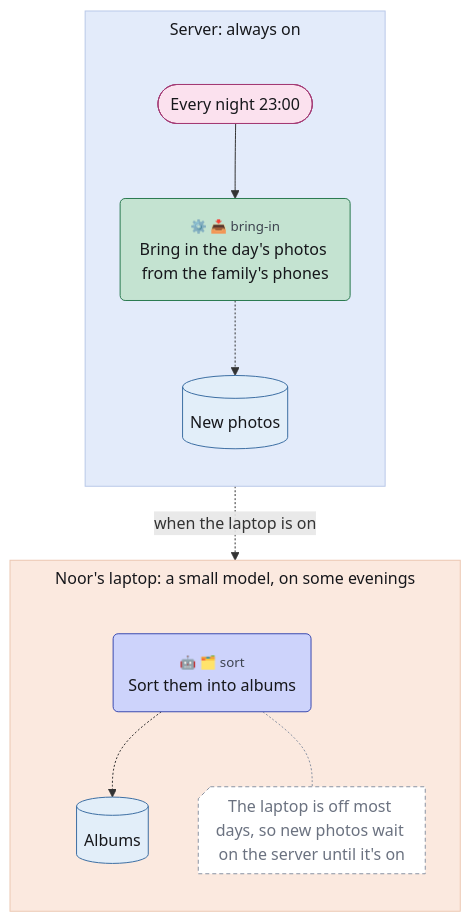
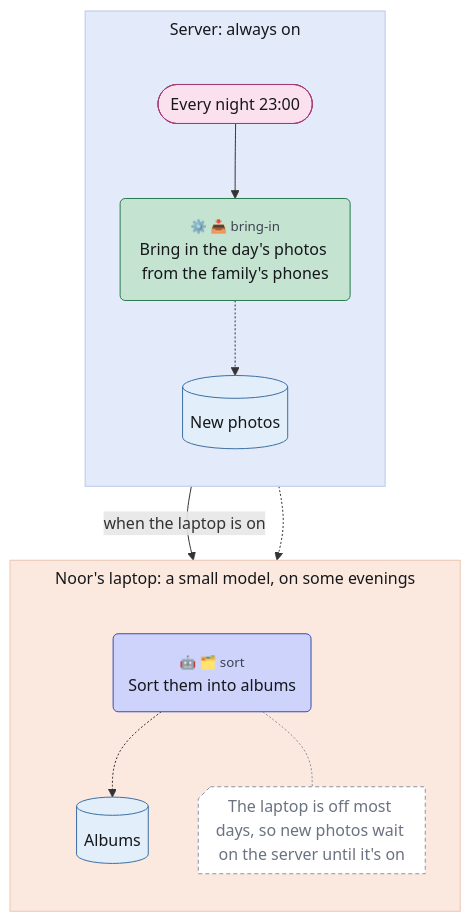
One commit to chrismdp/awml changed the diagram in plugins/awml/skills/awml/references/examples/tour/09-platform-view-home.mmd. Above: the diagram before and after it, drawn with Mermaid. The commit also changed 106 other files, not shown here.

```diff
--- a/plugins/awml/skills/awml/references/examples/tour/09-platform-view-home.mmd
+++ b/plugins/awml/skills/awml/references/examples/tour/09-platform-view-home.mmd
@@ -1,47 +1,48 @@
 ---
 config:
   theme: default
   fontFamily: Inter, sans-serif
   flowchart:
     useMaxWidth: false
     subGraphTitleMargin:
       top: 6
       bottom: 30
 ---
 flowchart TB
   subgraph server["Server#58; always on"]
     direction TB
     nightly(["Every night 23#58;00"])
     bring("<small style='color:rgb(61,67,79)'>⚙️ 📥 bring-in</small><br>Bring in the day#39;s photos from the family#39;s phones")
     new[("New photos")]
   end
   subgraph laptop["Noor#39;s laptop#58; a small model#44; on some evenings"]
     direction TB
     sort("<small style='color:rgb(61,67,79)'>🤖 🗂️ sort</small><br>Sort them into albums")
     albums[("Albums")]
     wait@{ shape: notch-rect, label: "The laptop is off most days#44; so new photos wait on the server until it#39;s on" }
   end
 
   nightly --> bring
   bring -.-> new
-  new -.->|"when the laptop is on"| sort
+  bring -->|"when the laptop is on"| sort
+  new -.-> sort
   sort -.-> albums
   sort -.- wait
   classDef trig fill:#fbe1ee,stroke:#a33a74,color:#16171b
   classDef ctx fill:#e2eef9,stroke:#3d6fa3,color:#16171b
   classDef con fill:#eceef2,stroke:#5d6472,color:#16171b
   classDef surf fill:#ffffff,stroke:#2a2d35,stroke-width:1.5px,color:#16171b
   classDef out fill:#fde4dc,stroke:#b5532f,color:#16171b
   classDef ai fill:#cdd3fb,stroke:#3b4bb0,color:#16171b
   classDef code fill:#c4e3d1,stroke:#2b7a4f,color:#16171b
   classDef person fill:#f7d79a,stroke:#9a6100,color:#16171b
   classDef uml fill:#16171b,stroke:#16171b,color:#16171b
   classDef gap fill:#ffffff,stroke:#8a93a3,stroke-dasharray:4 3,color:#6b7280
   class nightly trig
   class new,albums ctx
   class sort ai
   class bring code
   class wait gap
   style server fill:#e3ebfa,stroke:#b9c8e8,color:#16171b
   style laptop fill:#fbe9df,stroke:#ecc7b2,color:#16171b
-  linkStyle 4 stroke:#8a93a3
+  linkStyle 5 stroke:#8a93a3
```
